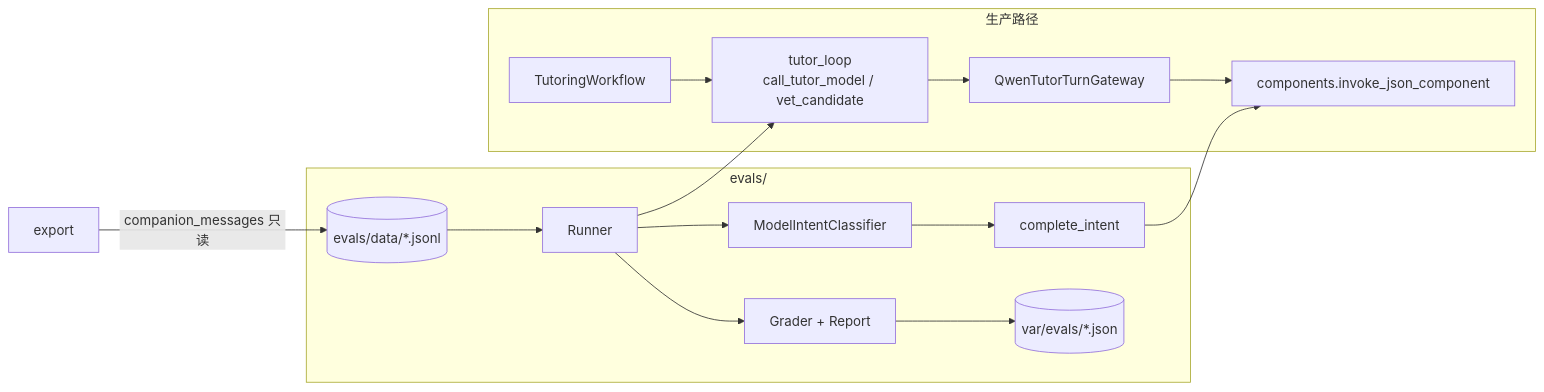
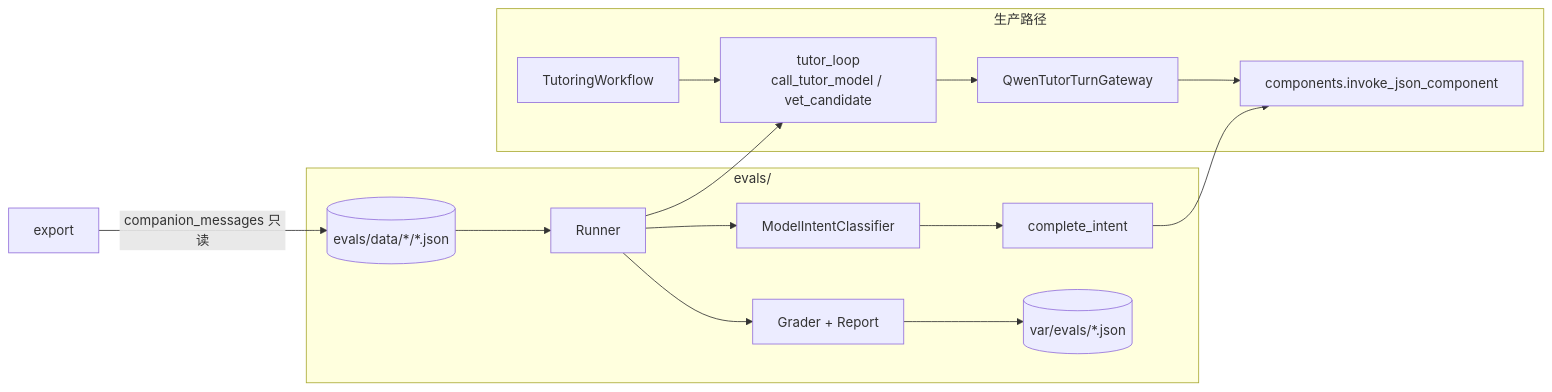
Before and after one commit to johanchow/duxue: the diagram in docs/technical/eval-offline.md, drawn with Mermaid. The commit also changed other lines of this file and 45 other files, not shown here.

````diff
--- a/docs/technical/eval-offline.md
+++ b/docs/technical/eval-offline.md
@@ -44,18 +44,18 @@
 ```mermaid
 flowchart LR
     subgraph Prod[生产路径]
         W[TutoringWorkflow] --> L[tutor_loop<br/>call_tutor_model / vet_candidate]
         L --> G[QwenTutorTurnGateway]
         G --> C[components.invoke_json_component]
     end
     subgraph Eval[evals/]
         R[Runner] --> L
         R --> I[ModelIntentClassifier]
         I --> C2[complete_intent]
         C2 --> C
-        D[(evals/data/*.jsonl)] --> R
+        D[(evals/data/*/*.json)] --> R
         R --> S[Grader + Report]
         S --> O[(var/evals/*.json)]
     end
     X[export] -->|companion_messages 只读| D
 ```
````
